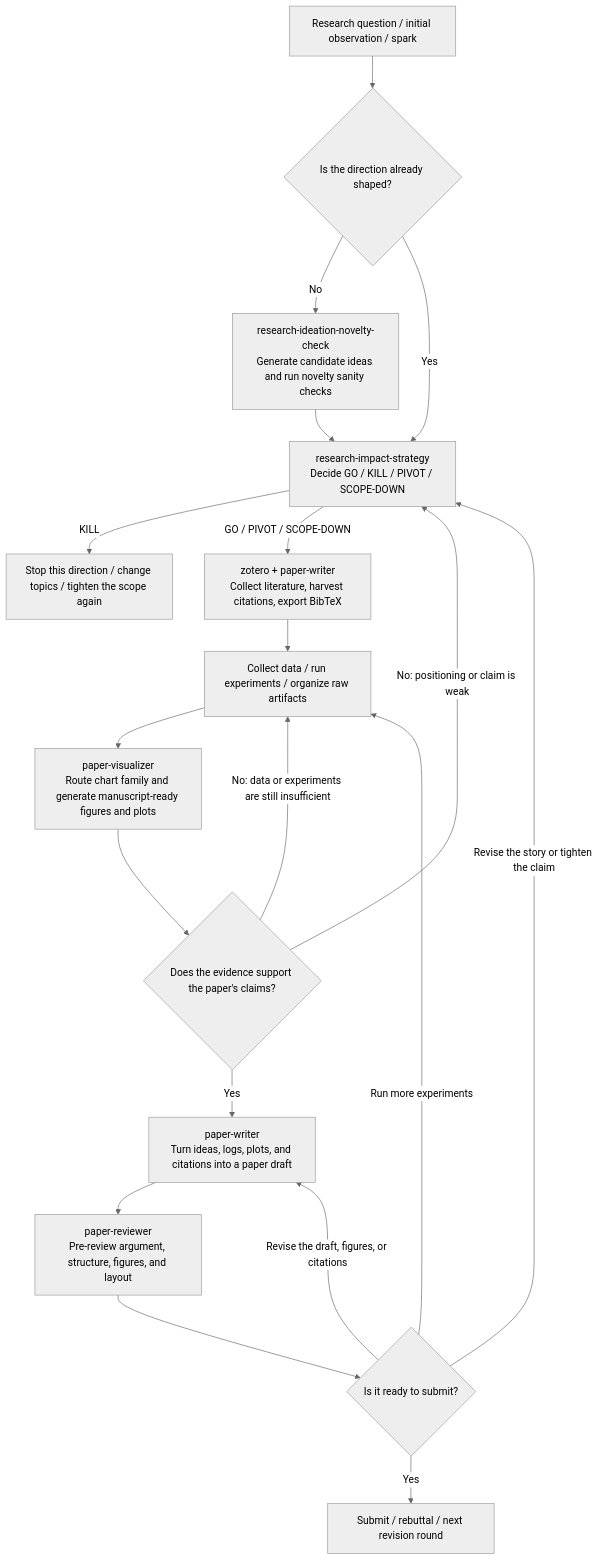
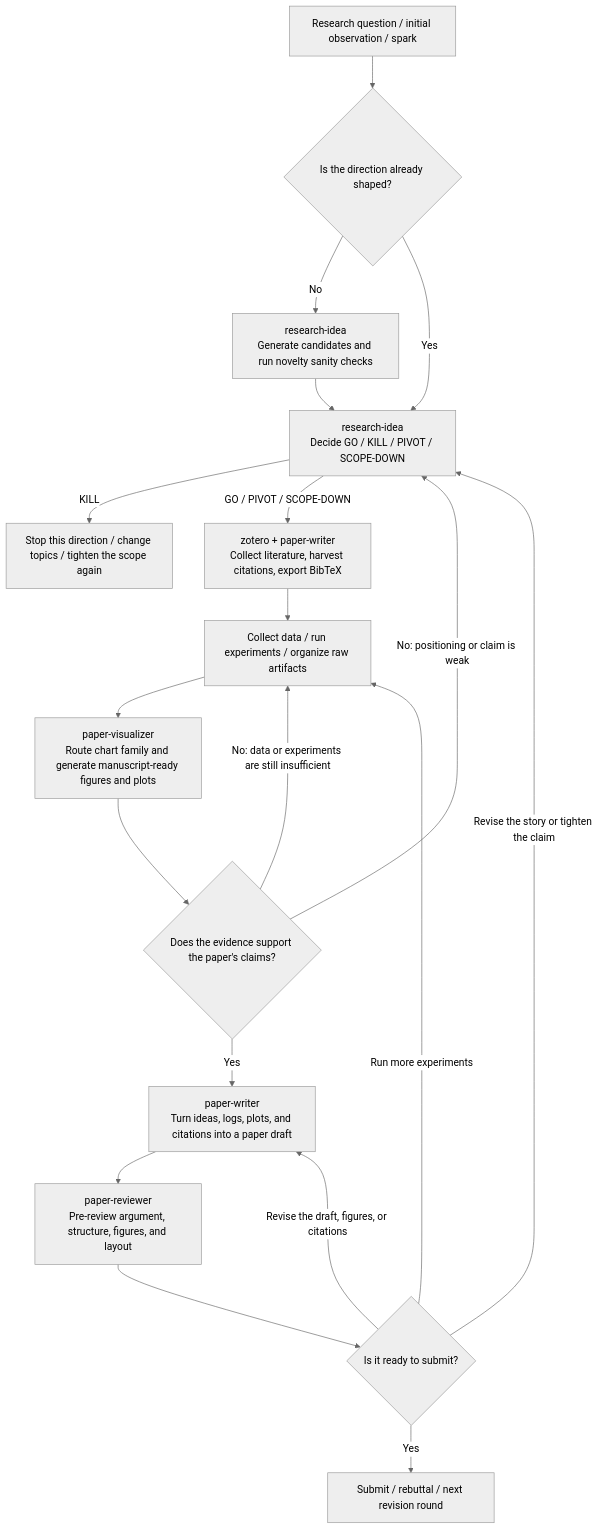
One commit to tcztzy/skills changed the diagram in README.md. Above: the diagram before and after it, drawn with Mermaid (neutral theme). The commit also changed other lines of this file and 136 other files, not shown here.

````diff
--- a/README.md
+++ b/README.md
@@ -137,21 +138,21 @@
 ```mermaid
 flowchart TD
     A["Research question / initial observation / spark"] --> B{"Is the direction already shaped?"}
-    B -->|No| C["research-ideation-novelty-check<br/>Generate candidate ideas and run novelty sanity checks"]
-    B -->|Yes| D["research-impact-strategy<br/>Decide GO / KILL / PIVOT / SCOPE-DOWN"]
+    B -->|No| C["research-idea<br/>Generate candidates and run novelty sanity checks"]
+    B -->|Yes| D["research-idea<br/>Decide GO / KILL / PIVOT / SCOPE-DOWN"]
     C --> D
     D -->|KILL| Z["Stop this direction / change topics / tighten the scope again"]
     D -->|GO / PIVOT / SCOPE-DOWN| E["zotero + paper-writer<br/>Collect literature, harvest citations, export BibTeX"]
     E --> F["Collect data / run experiments / organize raw artifacts"]
     F --> G["paper-visualizer<br/>Route chart family and generate manuscript-ready figures and plots"]
     G --> K{"Does the evidence support the paper's claims?"}
     K -->|No: positioning or claim is weak| D
     K -->|No: data or experiments are still insufficient| F
     K -->|Yes| L["paper-writer<br/>Turn ideas, logs, plots, and citations into a paper draft"]
     L --> M["paper-reviewer<br/>Pre-review argument, structure, figures, and layout"]
     M --> N{"Is it ready to submit?"}
     N -->|Run more experiments| F
     N -->|Revise the story or tighten the claim| D
     N -->|Revise the draft, figures, or citations| L
     N -->|Yes| O["Submit / rebuttal / next revision round"]
 ```
````
